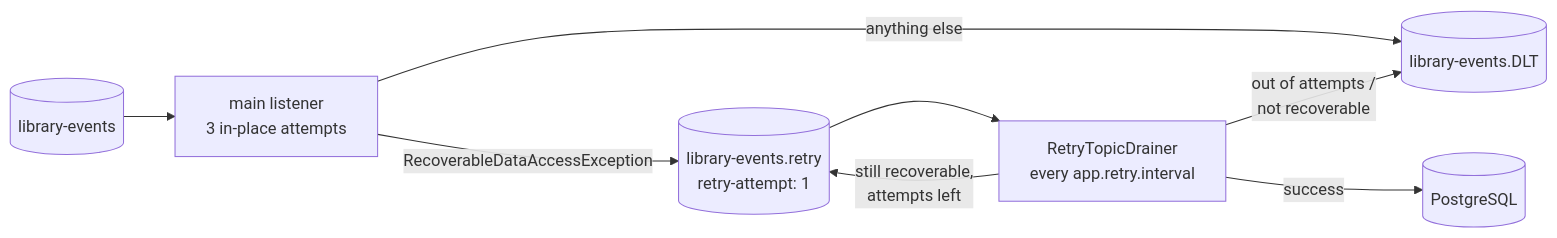
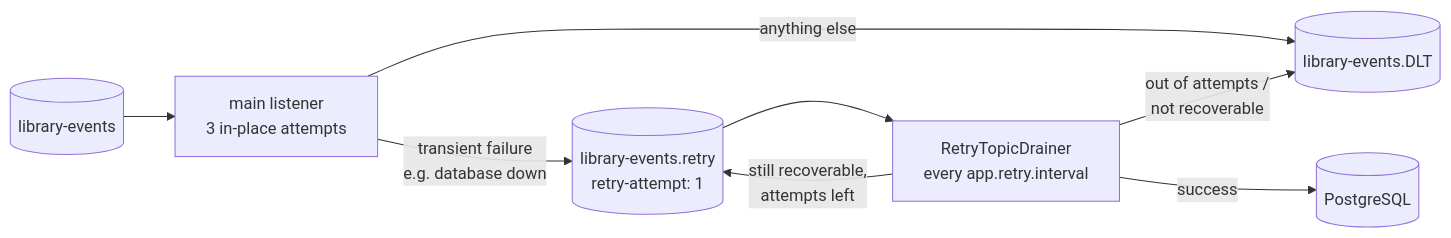
One commit to himnay/learning-kafka changed the sixth of 9 diagrams in kafka-core/README.md. Above: the diagram before and after it, drawn with Mermaid. The commit also changed other lines of this file and 7 other files, not shown here.

````diff
--- a/kafka-core/README.md
+++ b/kafka-core/README.md
@@ -706,10 +706,10 @@
 ```mermaid
 flowchart LR
     M[(library-events)] --> L[main listener<br/>3 in-place attempts]
-    L -->|RecoverableDataAccessException| R[(library-events.retry<br/>retry-attempt: 1)]
+    L -->|transient failure<br/>e.g. database down| R[(library-events.retry<br/>retry-attempt: 1)]
     L -->|anything else| D[(library-events.DLT)]
     R --> J[RetryTopicDrainer<br/>every app.retry.interval]
     J -->|still recoverable,<br/>attempts left| R
     J -->|out of attempts /<br/>not recoverable| D
     J -->|success| DB[(PostgreSQL)]
 ```
````
